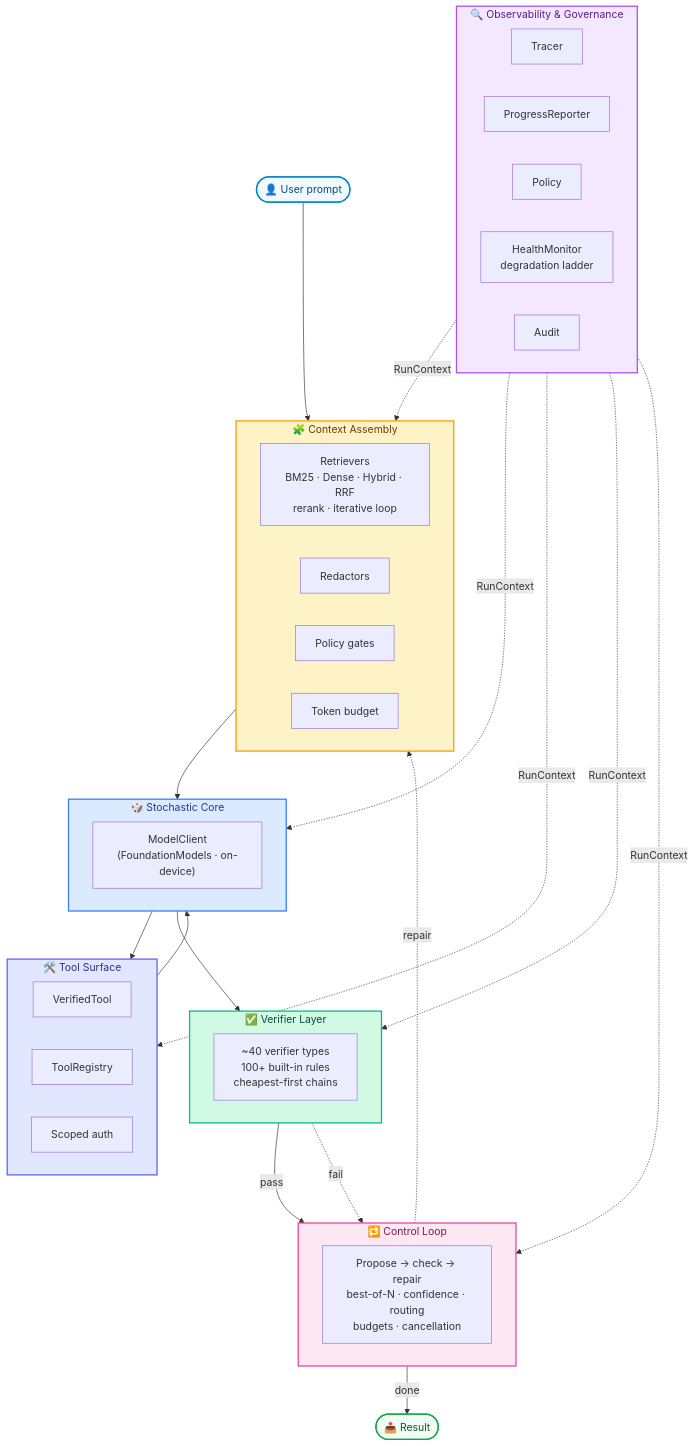
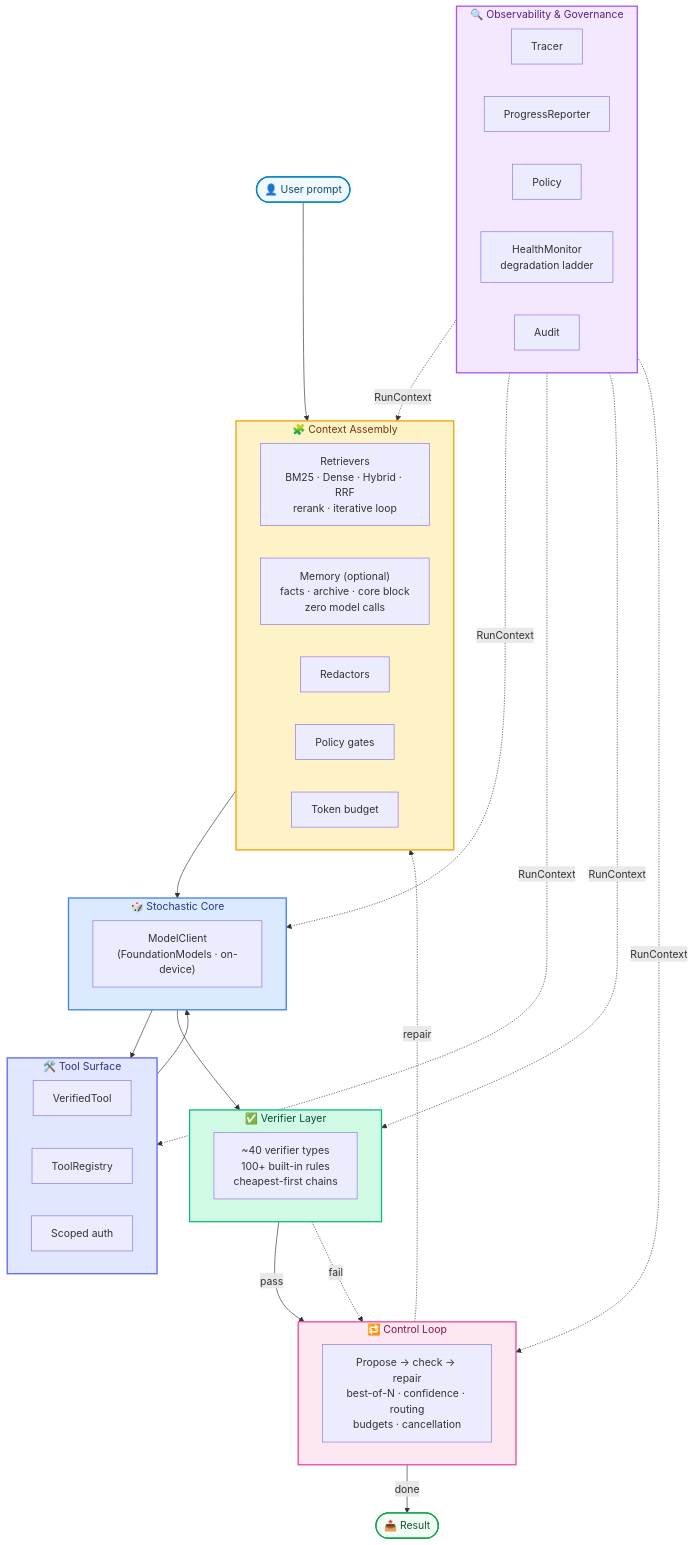
One commit to antisynthesis/compound changed the diagram in README.md. Above: the diagram before and after it, drawn with Mermaid. The commit also changed other lines of this file and 6 other files, not shown here.

````diff
--- a/README.md
+++ b/README.md
@@ -69,72 +69,73 @@
 ```mermaid
 flowchart TD
     User(["👤 User prompt"]):::userNode
 
     subgraph CTX ["🧩 Context Assembly"]
         direction LR
         RET["Retrievers<br/>BM25 · Dense · Hybrid · RRF<br/>rerank · iterative loop"]
+        MEM["Memory (optional)<br/>facts · archive · core block<br/>zero model calls"]
         RED["Redactors"]
         GATE["Policy gates"]
         BUD["Token budget"]
     end
 
     subgraph CORE ["🎲 Stochastic Core"]
         MC["ModelClient<br/>(FoundationModels · on-device)"]
     end
 
     subgraph TOOLS ["🛠️ Tool Surface"]
         VT["VerifiedTool"]
         TR["ToolRegistry"]
         AUTH["Scoped auth"]
     end
 
     subgraph VER ["✅ Verifier Layer"]
         CHAIN["~40 verifier types<br/>100+ built-in rules<br/>cheapest-first chains"]
     end
 
     subgraph LOOP ["🔁 Control Loop"]
         CL["Propose → check → repair<br/>best-of-N · confidence · routing<br/>budgets · cancellation"]
     end
 
     subgraph OBS ["🔍 Observability &amp; Governance"]
         TRC["Tracer"]
         PRG["ProgressReporter"]
         POL["Policy"]
         HLTH["HealthMonitor<br/>degradation ladder"]
         AUD["Audit"]
     end
 
     Result(["📤 Result"]):::resultNode
 
     User --> CTX
     CTX --> CORE
     CORE --> TOOLS
     TOOLS --> CORE
     CORE --> VER
     VER -->|pass| LOOP
     VER -.->|fail| LOOP
     LOOP -->|done| Result
     LOOP -.->|repair| CTX
 
     OBS -. RunContext .-> CTX
     OBS -. RunContext .-> CORE
     OBS -. RunContext .-> TOOLS
     OBS -. RunContext .-> VER
     OBS -. RunContext .-> LOOP
 
     classDef userNode fill:#F0F9FF,stroke:#0284C7,stroke-width:2px,color:#0C4A6E
     classDef resultNode fill:#F0FDF4,stroke:#16A34A,stroke-width:2px,color:#14532D
     classDef ctx fill:#FEF3C7,stroke:#F59E0B,stroke-width:2px,color:#78350F
     classDef core fill:#DBEAFE,stroke:#3B82F6,stroke-width:2px,color:#1E3A8A
     classDef tools fill:#E0E7FF,stroke:#6366F1,stroke-width:2px,color:#312E81
     classDef ver fill:#D1FAE5,stroke:#10B981,stroke-width:2px,color:#064E3B
     classDef loop fill:#FCE7F3,stroke:#EC4899,stroke-width:2px,color:#831843
     classDef obs fill:#F3E8FF,stroke:#A855F7,stroke-width:2px,color:#581C87
 
     class CTX ctx
     class CORE core
     class TOOLS tools
     class VER ver
     class LOOP loop
     class OBS obs
 ```
````
